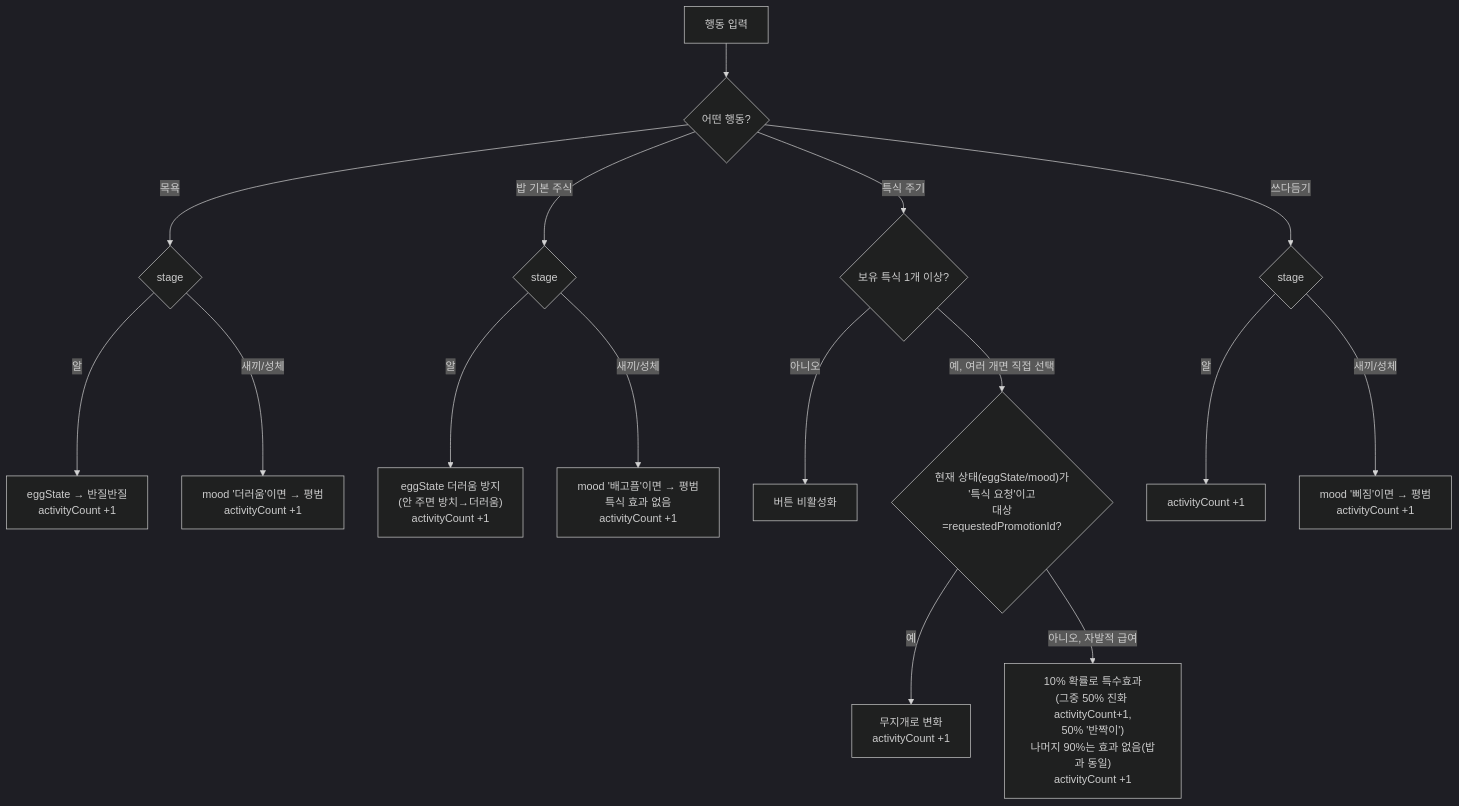
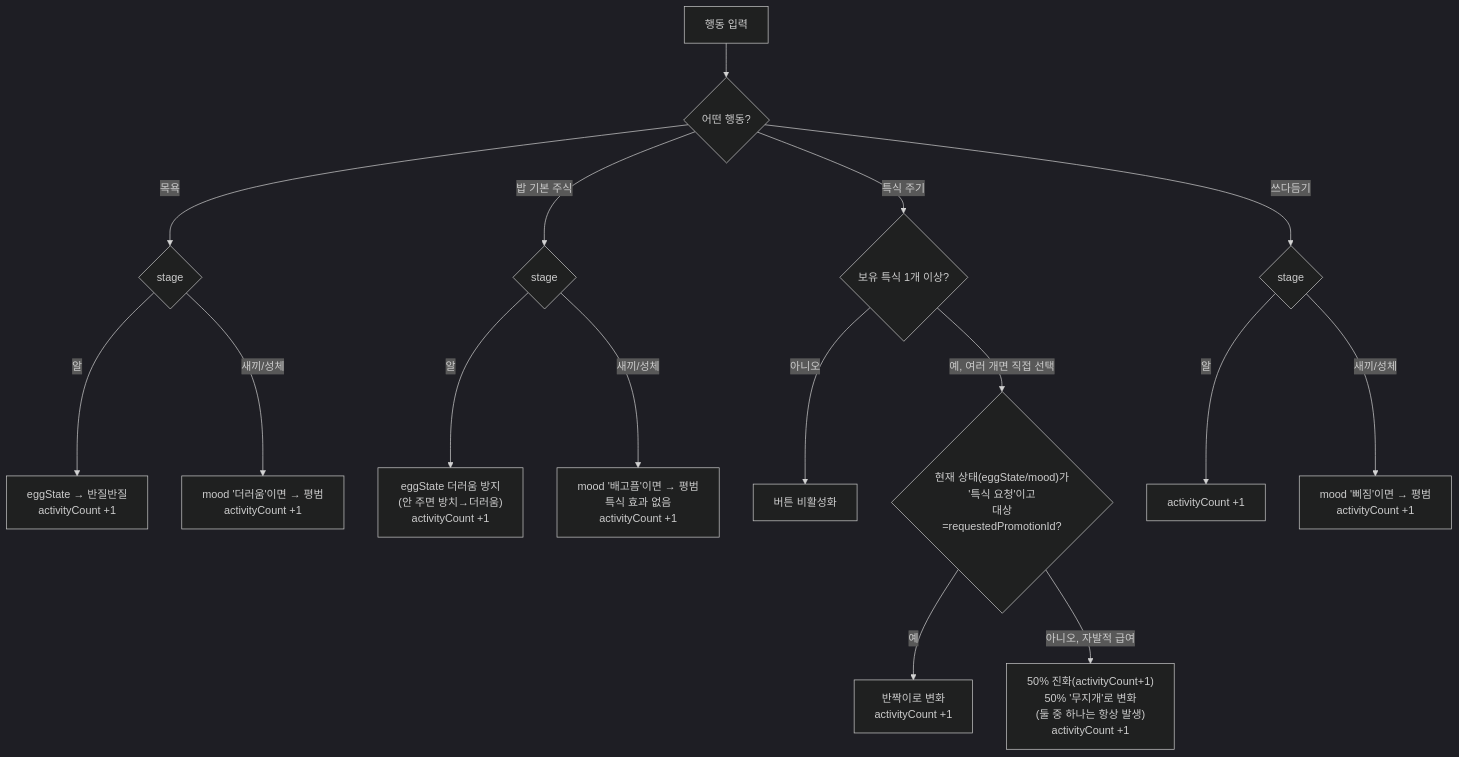
The fourth of 4 diagrams in docs/11-pet-state-diagram.md (chaeuk-60/b2b-promo), drawn with Mermaid (dark theme) before and after one commit. The commit also changed other lines of this file and 3 other files, not shown here.

First line of the commit message:
Swap 무지개/반짝이 roles and simplify voluntary feeding probability

````diff
--- a/docs/11-pet-state-diagram.md
+++ b/docs/11-pet-state-diagram.md
@@ -144,22 +143,22 @@
 ```mermaid
 flowchart TD
     A[행동 입력] --> B{어떤 행동?}
 
     B -->|목욕| C{stage}
     C -->|알| C1["eggState → 반질반질\nactivityCount +1"]
     C -->|새끼/성체| C2["mood '더러움'이면 → 평범\nactivityCount +1"]
 
     B -->|밥 기본 주식| D{stage}
     D -->|알| D1["eggState 더러움 방지\n(안 주면 방치→더러움)\nactivityCount +1"]
     D -->|새끼/성체| D2["mood '배고픔'이면 → 평범\n특식 효과 없음\nactivityCount +1"]
 
     B -->|특식 주기| E{보유 특식 1개 이상?}
     E -->|아니오| E0[버튼 비활성화]
     E -->|예, 여러 개면 직접 선택| F{"현재 상태(eggState/mood)가\n'특식 요청'이고\n대상=requestedPromotionId?"}
-    F -->|예| F1["무지개로 변화\nactivityCount +1"]
-    F -->|아니오, 자발적 급여| F2["10% 확률로 특수효과\n(그중 50% 진화 activityCount+1,\n50% '반짝이')\n나머지 90%는 효과 없음(밥과 동일)\nactivityCount +1"]
+    F -->|예| F1["반짝이로 변화\nactivityCount +1"]
+    F -->|아니오, 자발적 급여| F2["50% 진화(activityCount+1)\n50% '무지개'로 변화\n(둘 중 하나는 항상 발생)\nactivityCount +1"]
 
     B -->|쓰다듬기| G{stage}
     G -->|알| G1[activityCount +1]
     G -->|새끼/성체| G2["mood '삐짐'이면 → 평범\nactivityCount +1"]
 ```
````
